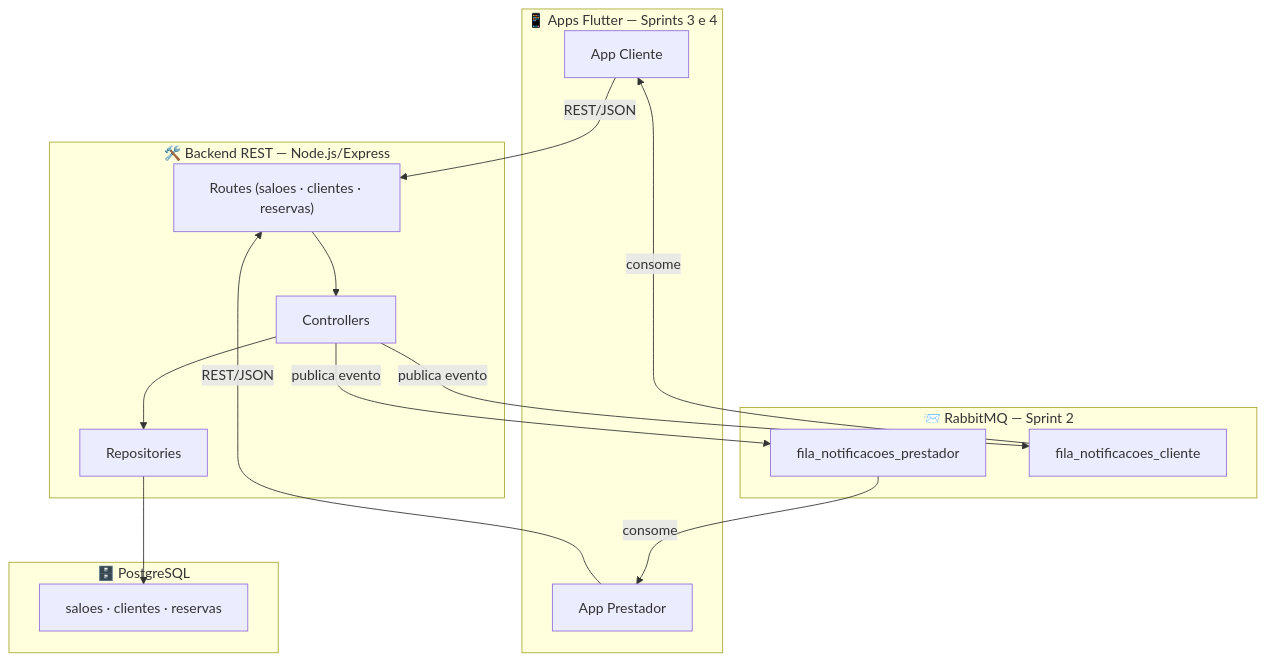
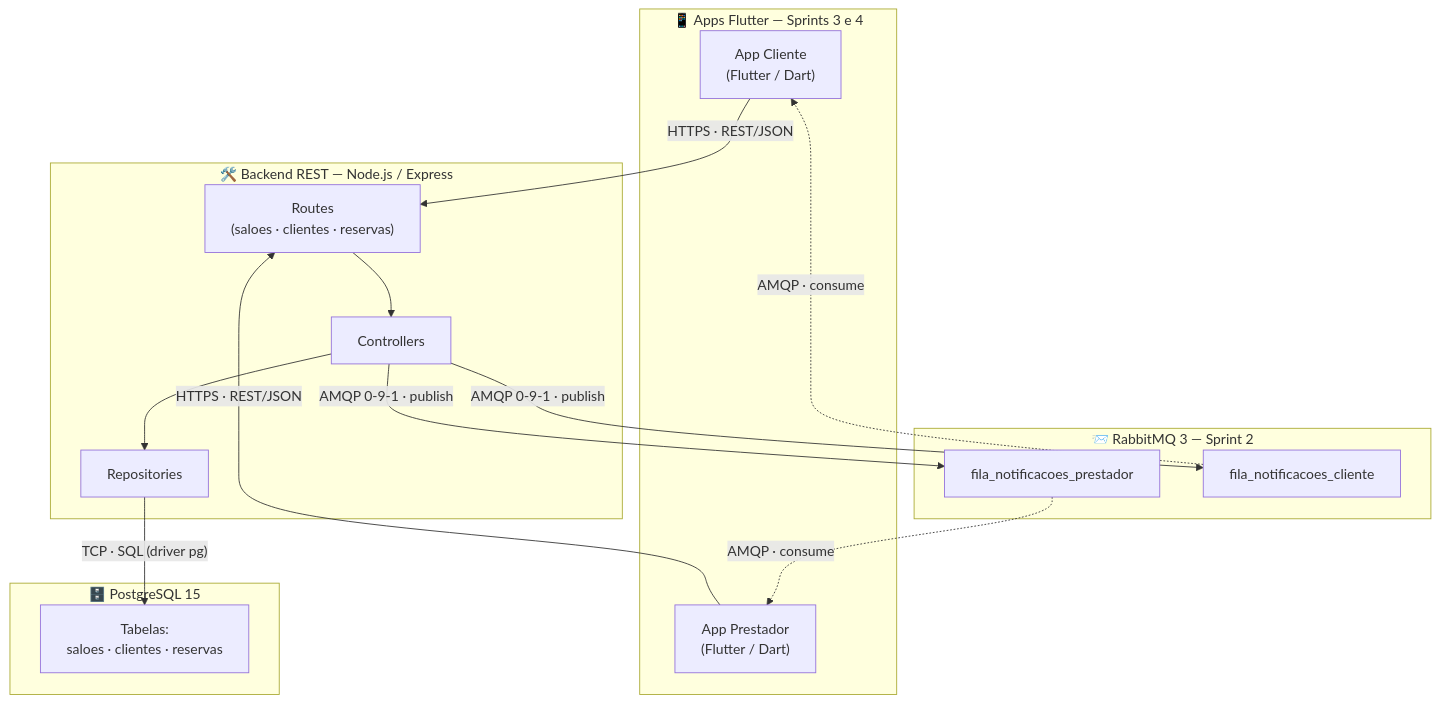
One commit to arthur-am/salon-manager changed the diagram in README.md. Above: the diagram before and after it, drawn with Mermaid. The commit also changed other lines of this file and 1 other file, not shown here.

Commit message:
docs: ajusta proposta para 1 página e detalha protocolos no diagrama
- PDF da proposta agora cabe em 1 página (PDF exige 1-2)
- Diagrama Mermaid explicita HTTP/HTTPS, AMQP 0-9-1, TCP/SQL
- Tabela complementar com protocolos por canal

````diff
--- a/README.md
+++ b/README.md
@@ -60,30 +60,32 @@
 ```mermaid
 graph TD
     subgraph Mobile ["📱 Apps Flutter — Sprints 3 e 4"]
-        APPC["App Cliente"]
-        APPP["App Prestador"]
+        APPC["App Cliente<br/>(Flutter / Dart)"]
+        APPP["App Prestador<br/>(Flutter / Dart)"]
     end
 
-    subgraph API ["🛠️ Backend REST — Node.js/Express"]
-        ROUTES["Routes (saloes · clientes · reservas)"]
+    subgraph API ["🛠️ Backend REST — Node.js / Express"]
+        ROUTES["Routes<br/>(saloes · clientes · reservas)"]
         CTRL["Controllers"]
         REPO["Repositories"]
     end
 
-    subgraph Data ["🗄️ PostgreSQL"]
-        PG["saloes · clientes · reservas"]
+    subgraph Data ["🗄️ PostgreSQL 15"]
+        PG["Tabelas:<br/>saloes · clientes · reservas"]
     end
 
-    subgraph MOM ["📨 RabbitMQ — Sprint 2"]
+    subgraph MOM ["📨 RabbitMQ 3 — Sprint 2"]
         Q1["fila_notificacoes_prestador"]
         Q2["fila_notificacoes_cliente"]
     end
 
-    APPC -->|"REST/JSON"| ROUTES
-    APPP -->|"REST/JSON"| ROUTES
-    ROUTES --> CTRL --> REPO --> PG
-    CTRL -->|"publica evento"| Q1
-    CTRL -->|"publica evento"| Q2
-    Q1 -->|"consome"| APPP
-    Q2 -->|"consome"| APPC
+    APPC -->|"HTTPS · REST/JSON"| ROUTES
+    APPP -->|"HTTPS · REST/JSON"| ROUTES
+    ROUTES --> CTRL
+    CTRL --> REPO
+    REPO -->|"TCP · SQL (driver pg)"| PG
+    CTRL -->|"AMQP 0-9-1 · publish"| Q1
+    CTRL -->|"AMQP 0-9-1 · publish"| Q2
+    Q1 -.->|"AMQP · consume"| APPP
+    Q2 -.->|"AMQP · consume"| APPC
 ```
````
